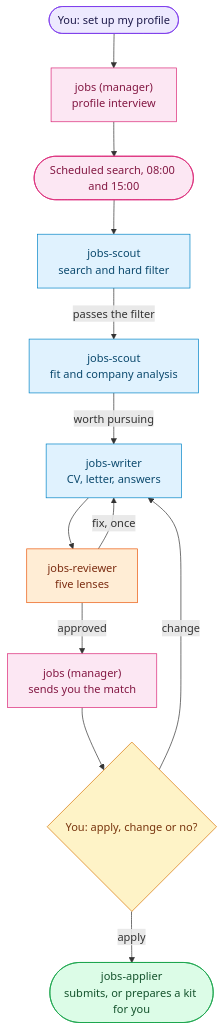
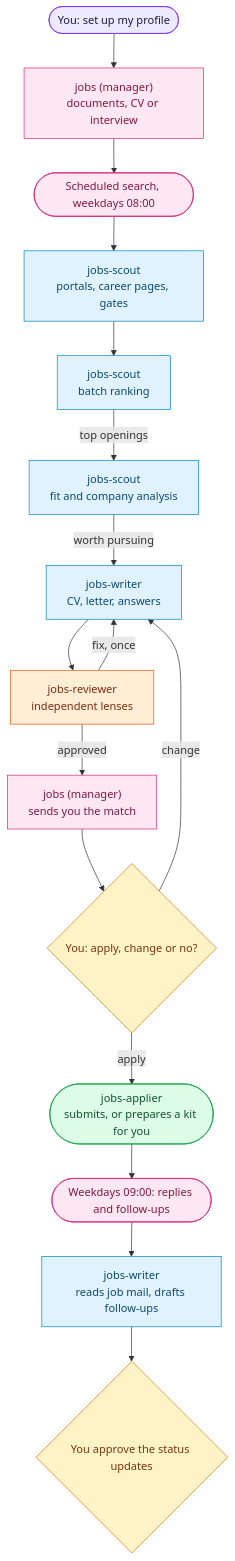
The diagram in squads/jobs/README.md (PuntoyComaTech/hermes-agent-squads), drawn with Mermaid before and after one commit. The commit also changed other lines of this file and 163 other files, not shown here.

First line of the commit message:
feat: 2.5.0 jobs squad 4.0: personalised, automated job search

````diff
--- a/squads/jobs/README.md
+++ b/squads/jobs/README.md
@@ -13,22 +16,26 @@
 ```mermaid
 flowchart TD
     U(["You: set up my profile"]):::you
-    U --> J["jobs (manager)<br/>profile interview"]:::lead
-    J --> T(["Scheduled search, 08:00 and 15:00"]):::lead
-    T --> S["jobs-scout<br/>search and hard filter"]:::bot
-    S -->|"passes the filter"| AN["jobs-scout<br/>fit and company analysis"]:::bot
+    U --> J["jobs (manager)<br/>documents, CV or interview"]:::lead
+    J --> T(["Scheduled search, weekdays 08:00"]):::lead
+    T --> S["jobs-scout<br/>portals, career pages, gates"]:::bot
+    S --> RK["jobs-scout<br/>batch ranking"]:::bot
+    RK -->|"top openings"| AN["jobs-scout<br/>fit and company analysis"]:::bot
     AN -->|"worth pursuing"| W["jobs-writer<br/>CV, letter, answers"]:::bot
-    W --> R["jobs-reviewer<br/>five lenses"]:::check
+    W --> R["jobs-reviewer<br/>independent lenses"]:::check
     R -->|"fix, once"| W
     R -->|"approved"| D["jobs (manager)<br/>sends you the match"]:::lead
     D --> A{"You: apply, change or no?"}:::ask
     A -->|"change"| W
     A -->|"apply"| AP(["jobs-applier<br/>submits, or prepares a kit for you"]):::done
+    AP --> F(["Weekdays 09:00: replies and follow-ups"]):::lead
+    F --> IN["jobs-writer<br/>reads job mail, drafts follow-ups"]:::bot
+    IN --> J2{"You approve the status updates"}:::ask
 
     classDef you fill:#ede9fe,stroke:#7c3aed,color:#1e1b4b
     classDef lead fill:#fce7f3,stroke:#db2777,color:#831843
     classDef bot fill:#e0f2fe,stroke:#0284c7,color:#0c4a6e
     classDef check fill:#ffedd5,stroke:#ea580c,color:#7c2d12
     classDef ask fill:#fef3c7,stroke:#d97706,color:#78350f
     classDef done fill:#dcfce7,stroke:#16a34a,color:#14532d
 ```
````
